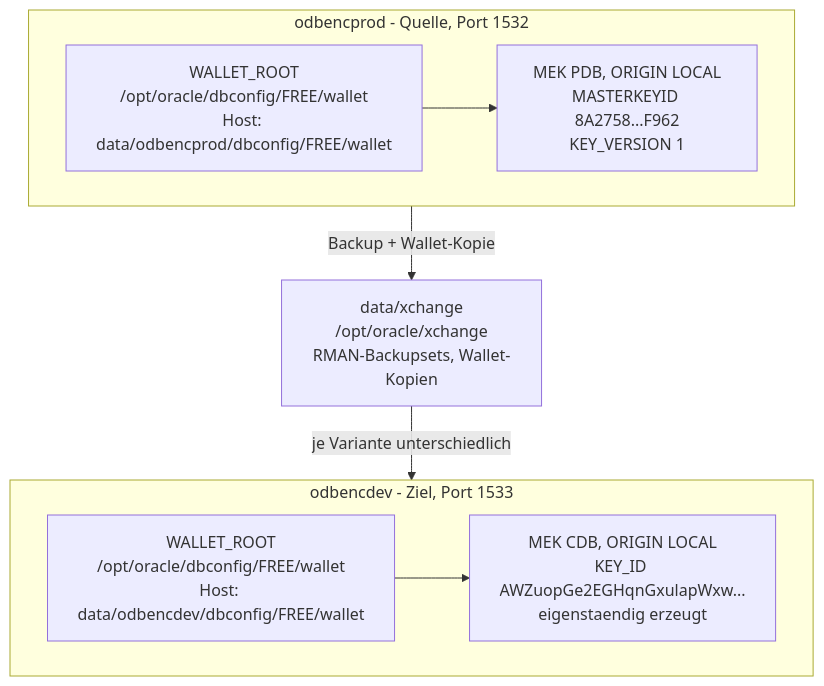
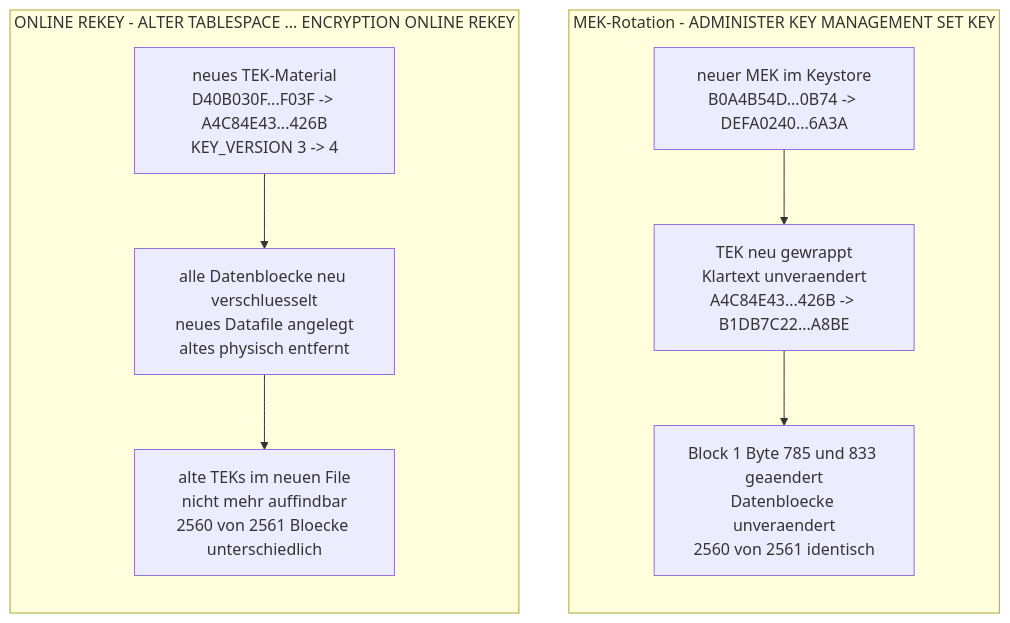
The third of 8 diagrams in doc/tde-key-architecture.md (oehrlis/oracle-free-labs), drawn with Mermaid before and after one commit. The commit also changed other lines of this file and 1 other file, not shown here.

First line of the commit message:
docs(tde): rewrite key architecture doc with measured dependency model

````diff
--- a/doc/tde-key-architecture.md
+++ b/doc/tde-key-architecture.md
@@ -70,19 +128,20 @@
 ```mermaid
 flowchart TB
-    subgraph PROD["odbencprod - Quelle, Port 1532"]
-        PW["WALLET_ROOT<br/>/opt/oracle/dbconfig/FREE/wallet<br/>Host: data/odbencprod/dbconfig/FREE/wallet"]
-        PM["MEK PDB, ORIGIN LOCAL<br/>MASTERKEYID 8A2758...F962<br/>KEY_VERSION 1"]
-        PW --> PM
+    subgraph ROT["MEK-Rotation - ADMINISTER KEY MANAGEMENT SET KEY"]
+        direction TB
+        R1["neuer MEK im Keystore<br/>B0A4B54D...0B74 -> DEFA0240...6A3A"]
+        R2["TEK neu gewrappt<br/>Klartext unveraendert<br/>A4C84E43...426B -> B1DB7C22...A8BE"]
+        R3["Block 1 Byte 785 und 833 geaendert<br/>Datenbloecke unveraendert<br/>2560 von 2561 identisch"]
+        R1 --> R2
+        R2 --> R3
     end
 
-    subgraph DEV["odbencdev - Ziel, Port 1533"]
-        DW["WALLET_ROOT<br/>/opt/oracle/dbconfig/FREE/wallet<br/>Host: data/odbencdev/dbconfig/FREE/wallet"]
-        DM["MEK CDB, ORIGIN LOCAL<br/>KEY_ID AWZuopGe2EGHqnGxulapWxw...<br/>eigenstaendig erzeugt"]
-        DW --> DM
+    subgraph REK["ONLINE REKEY - ALTER TABLESPACE ... ENCRYPTION ONLINE REKEY"]
+        direction TB
+        K1["neues TEK-Material<br/>D40B030F...F03F -> A4C84E43...426B<br/>KEY_VERSION 3 -> 4"]
+        K2["alle Datenbloecke neu verschluesselt<br/>neues Datafile angelegt<br/>altes physisch entfernt"]
+        K3["alte TEKs im neuen File<br/>nicht mehr auffindbar<br/>2560 von 2561 Bloecke unterschiedlich"]
+        K1 --> K2
+        K2 --> K3
     end
-
-    XCH["data/xchange<br/>/opt/oracle/xchange<br/>RMAN-Backupsets, Wallet-Kopien"]
-
-    PROD -->|"Backup + Wallet-Kopie"| XCH
-    XCH -->|"je Variante unterschiedlich"| DEV
 ```
````
